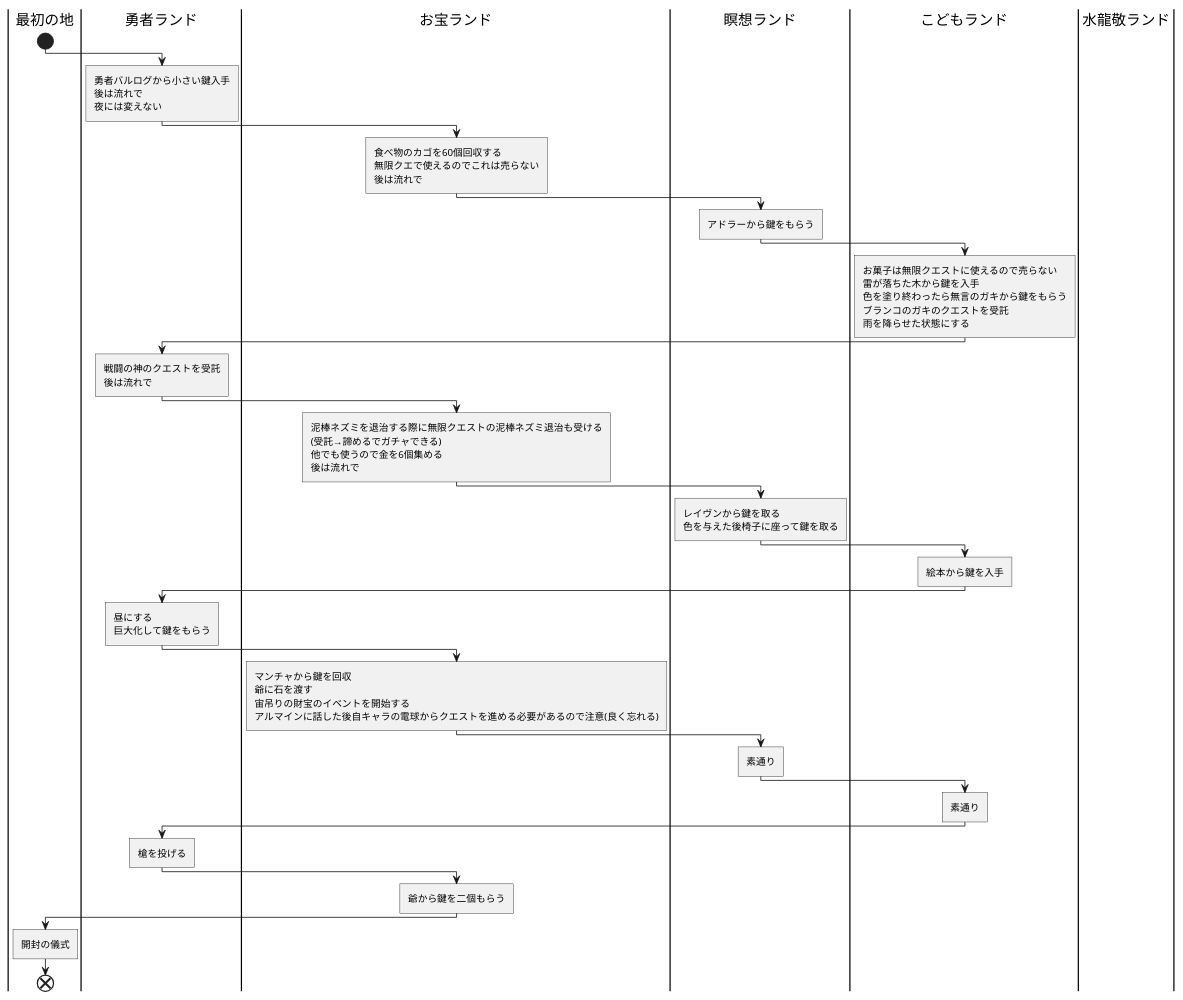
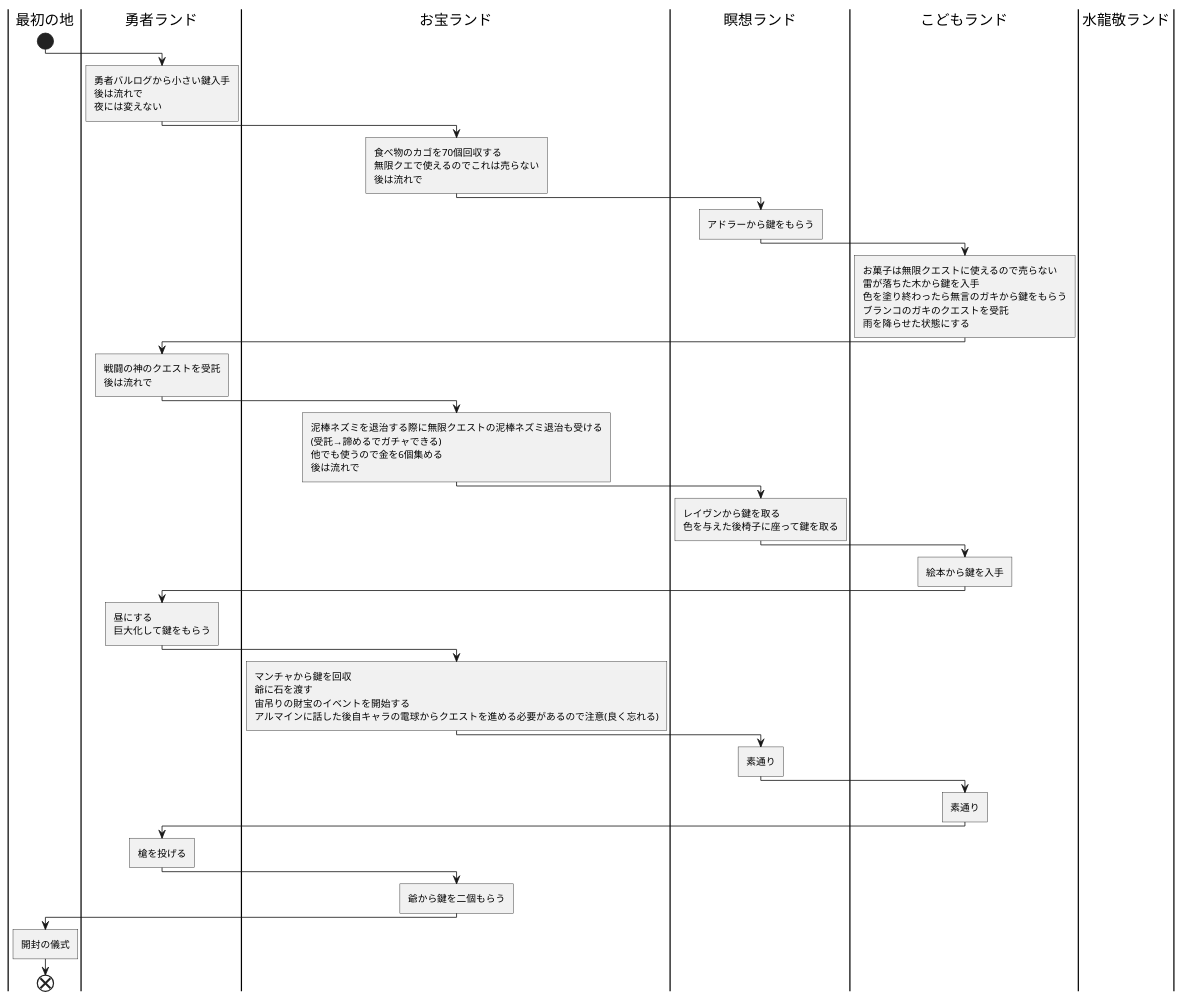
Before and after one commit to Star-Delta/PlantUML: the diagram in アフターランド.puml, drawn with PlantUML.

Commit message:
修正

```diff
--- a/アフターランド.puml
+++ b/アフターランド.puml
@@ -1,53 +1,53 @@
 @startuml アフターランド
     |最初の地|
     start
     |勇者ランド|
     :勇者バルログから小さい鍵入手
     後は流れで
     夜には変えない]
     |お宝ランド|
-    :食べ物のカゴを60個回収する
+    :食べ物のカゴを70個回収する
     無限クエで使えるのでこれは売らない
     後は流れで]
     |瞑想ランド|
     :アドラーから鍵をもらう]
     |こどもランド|
     :お菓子は無限クエストに使えるので売らない
     雷が落ちた木から鍵を入手
     色を塗り終わったら無言のガキから鍵をもらう
     ブランコのガキのクエストを受託
     雨を降らせた状態にする]
     |勇者ランド|
     :戦闘の神のクエストを受託
     後は流れで]
     |お宝ランド|
     :泥棒ネズミを退治する際に無限クエストの泥棒ネズミ退治も受ける
     (受託→諦めるでガチャできる)
     他でも使うので金を6個集める
     後は流れで]
     |瞑想ランド|
     :レイヴンから鍵を取る
     色を与えた後椅子に座って鍵を取る]
     |こどもランド|
     :絵本から鍵を入手]    
     |勇者ランド|
     :昼にする
     巨大化して鍵をもらう]
     |お宝ランド|
     :マンチャから鍵を回収
     爺に石を渡す
     宙吊りの財宝のイベントを開始する
     アルマインに話した後自キャラの電球からクエストを進める必要があるので注意(良く忘れる)]
     |瞑想ランド|
     :素通り]
     |こどもランド|
     :素通り]
     |勇者ランド|
     :槍を投げる]
     |お宝ランド|
     :爺から鍵を二個もらう]
     |最初の地|
     :開封の儀式]
     end
     |水龍敬ランド|
 @enduml
```
